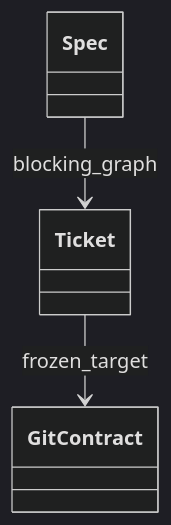
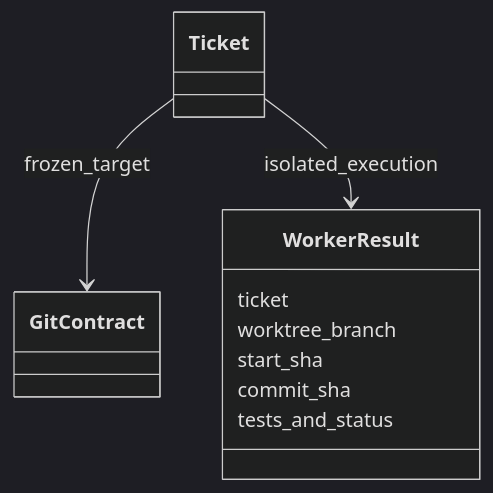
Before and after one commit to liu-qingyuan/skills-sync-lqy: the seventh of 8 diagrams in docs/architecture/spec-implementation.md, drawn with Mermaid (dark theme). The commit also changed other lines of this file and 17 other files, not shown here.

````diff
--- a/docs/architecture/spec-implementation.md
+++ b/docs/architecture/spec-implementation.md
@@ -85,8 +96,14 @@
 ```mermaid
 classDiagram
-    class Spec
     class Ticket
     class GitContract
-    Spec --> Ticket : blocking_graph
+    class WorkerResult {
+        ticket
+        worktree_branch
+        start_sha
+        commit_sha
+        tests_and_status
+    }
     Ticket --> GitContract : frozen_target
+    Ticket --> WorkerResult : isolated_execution
 ```
````
